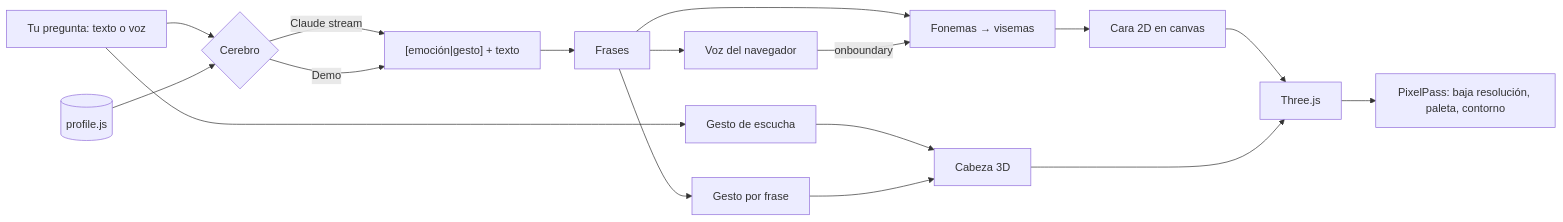
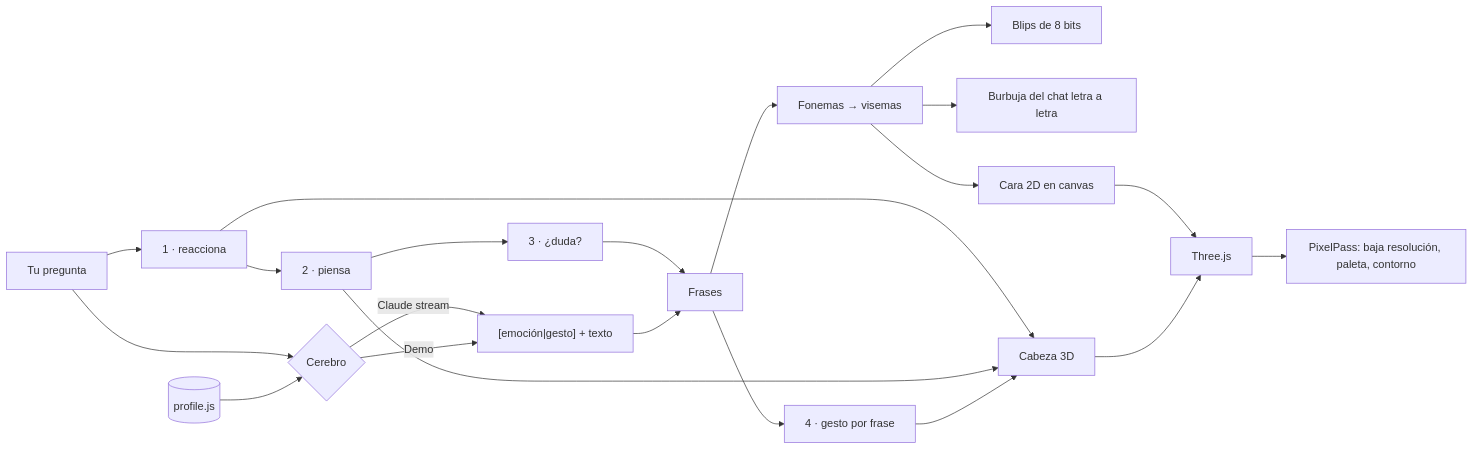
One commit to Jlpineda12/digital-human changed the diagram in README.md. Above: the diagram before and after it, drawn with Mermaid. The commit also changed other lines of this file and 25 other files, not shown here.

First line of the commit message:
Chatbot with a face: gesture sequence, 8-bit blip voice, colour-theory stage

````diff
--- a/README.md
+++ b/README.md
@@ -94,18 +98,20 @@
 ```mermaid
 flowchart LR
-  U[Tu pregunta: texto o voz] --> G1[Gesto de escucha]
+  U[Tu pregunta] --> G1[1 · reacciona] --> G2[2 · piensa] --> G3[3 · ¿duda?]
   U --> B{Cerebro}
   P[(profile.js)] --> B
   B -->|Claude stream| T["[emoción|gesto] + texto"]
   B -->|Demo| T
-  T --> S[Frases] --> V[Voz del navegador]
-  S --> L[Fonemas → visemas]
-  S --> G2[Gesto por frase]
-  V -->|onboundary| L
+  G3 --> S
+  T --> S[Frases] --> L[Fonemas → visemas]
+  L --> V[Blips de 8 bits]
+  L --> C[Burbuja del chat letra a letra]
+  S --> G4[4 · gesto por frase]
   L --> F[Cara 2D en canvas]
   G1 --> H[Cabeza 3D]
   G2 --> H
+  G4 --> H
   F --> R[Three.js]
   H --> R
   R --> X[PixelPass: baja resolución, paleta, contorno]
 ```
````
